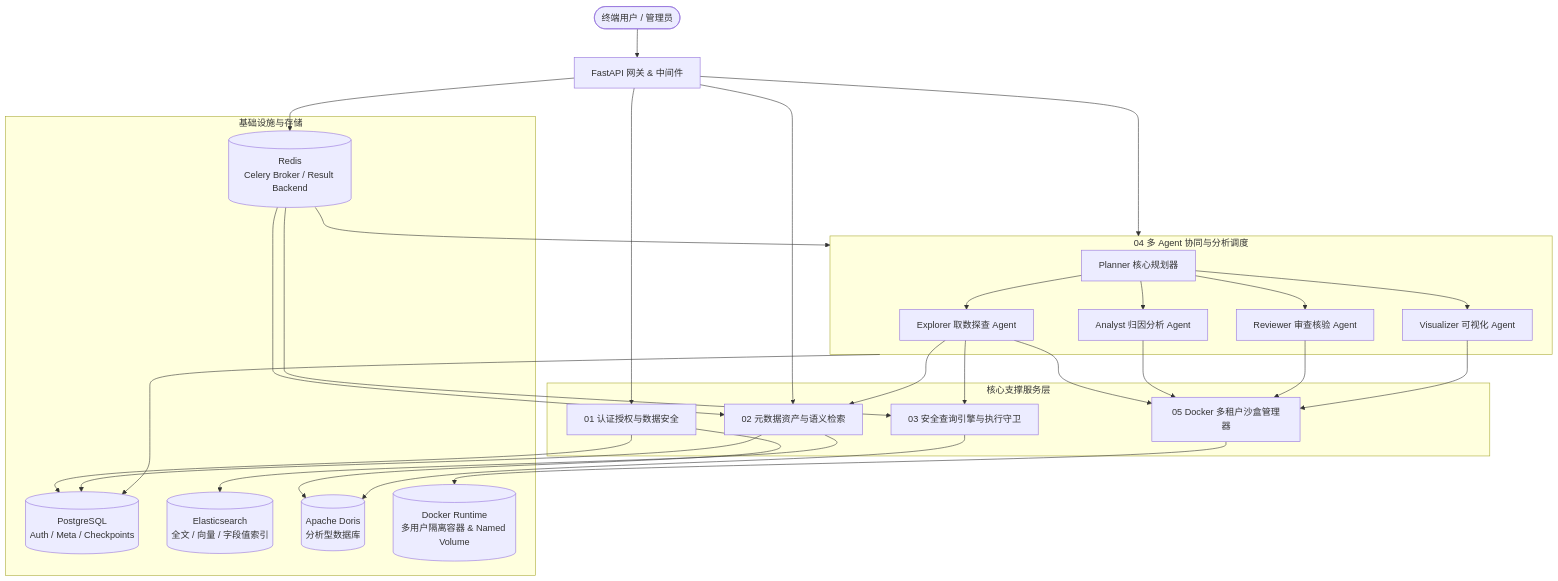
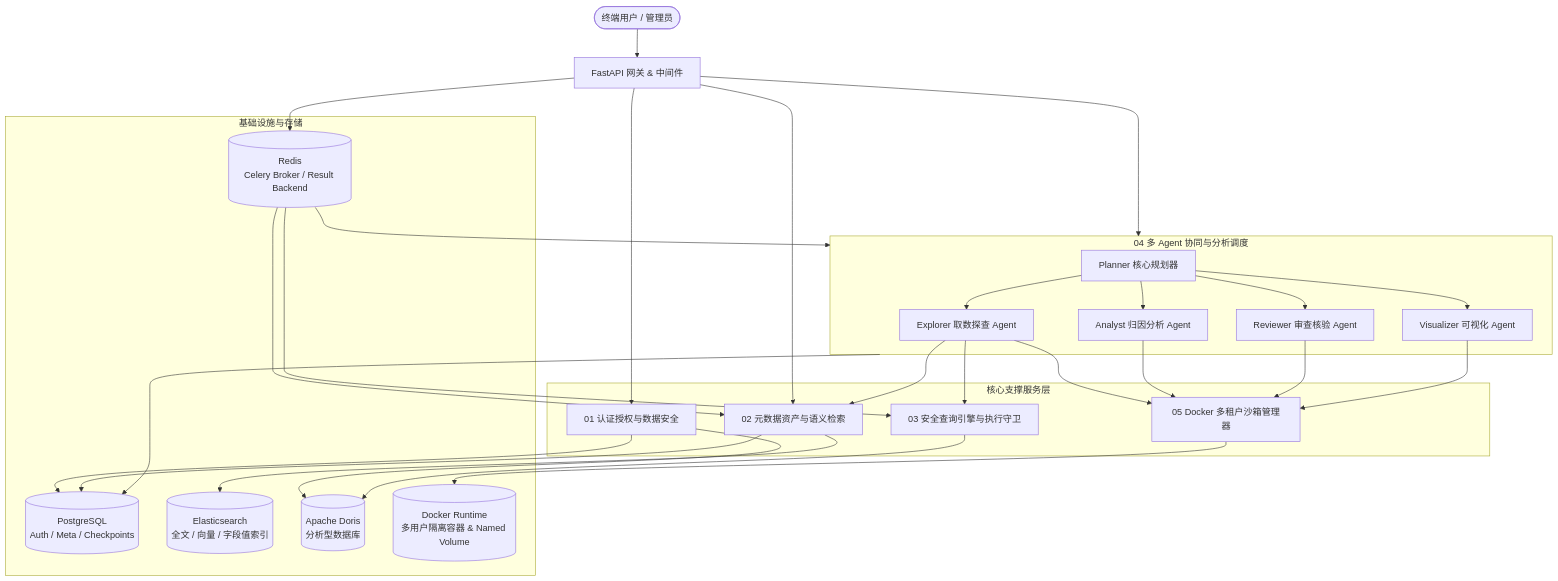
Before and after one commit to 2739673455/dataagent: the first of 2 diagrams in docs/00_ARCHITECTURE_OVERVIEW.md, drawn with Mermaid. The commit also changed other lines of this file and 53 other files, not shown here.

````diff
--- a/docs/00_ARCHITECTURE_OVERVIEW.md
+++ b/docs/00_ARCHITECTURE_OVERVIEW.md
@@ -7,44 +7,44 @@
 ```mermaid
 flowchart TD
     User([终端用户 / 管理员]) --> Gateway[FastAPI 网关 & 中间件]
     
     subgraph CoreServices [核心支撑服务层]
         Auth[01 认证授权与数据安全]
         Meta[02 元数据资产与语义检索]
         Query[03 安全查询引擎与执行守卫]
-        SandboxMgr[05 Docker 多租户沙盒管理器]
+        SandboxMgr[05 Docker 多租户沙箱管理器]
     end
 
     subgraph AgentLayer [04 多 Agent 协同与分析调度]
         Planner[Planner 核心规划器]
         Explorer[Explorer 取数探查 Agent]
         Analyst[Analyst 归因分析 Agent]
         Reviewer[Reviewer 审查核验 Agent]
         Visualizer[Visualizer 可视化 Agent]
     end
 
     subgraph StorageLayer [基础设施与存储]
         PG[(PostgreSQL\nAuth / Meta / Checkpoints)]
         ES[(Elasticsearch\n全文 / 向量 / 字段值索引)]
         Doris[(Apache Doris\n分析型数据库)]
         Docker[(Docker Runtime\n多用户隔离容器 & Named Volume)]
         Redis[(Redis\nCelery Broker / Result Backend)]
     end
 
     Gateway --> Auth
     Gateway --> Meta
     Gateway --> AgentLayer
     
     Planner --> Explorer & Analyst & Reviewer & Visualizer
     Explorer --> Query
     Explorer --> Meta
     Explorer & Analyst & Reviewer & Visualizer --> SandboxMgr
     
     Auth --> PG & Doris
     Meta --> PG & ES
     Query --> Doris
     SandboxMgr --> Docker
     AgentLayer --> PG
     Gateway --> Redis
     Redis --> Meta & Query & AgentLayer
 ```
````
